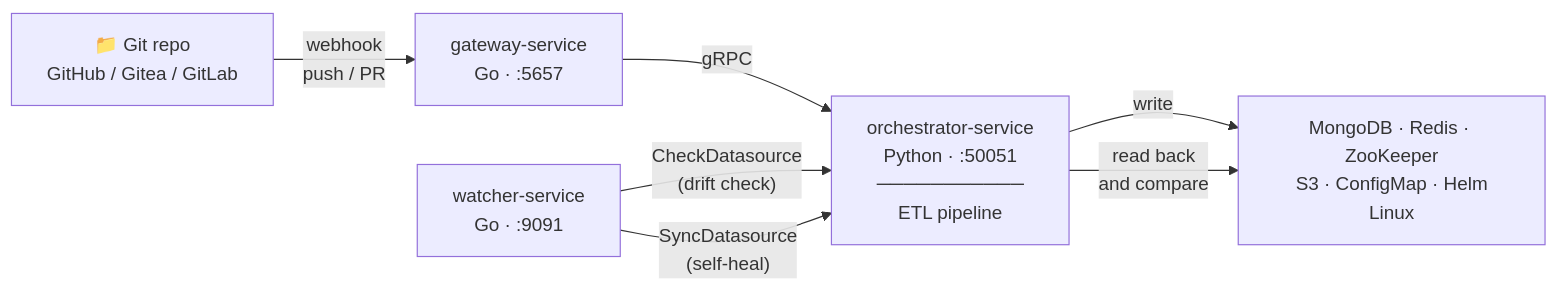
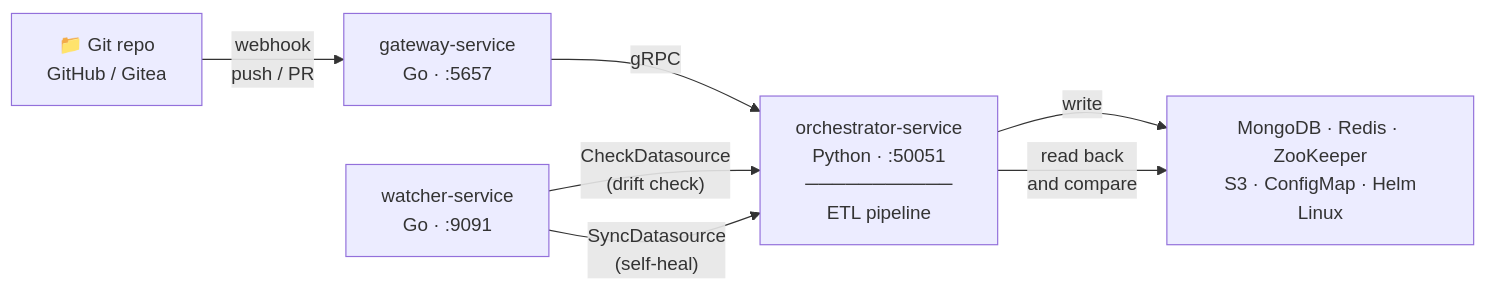
The diagram in README.md (jarin-devoss/varTrack), drawn with Mermaid before and after one commit. The commit also changed other lines of this file and 3 other files, not shown here.

First line of the commit message:
docs: varTrack syncs from GitHub and Gitea, to seven kinds of sink

````diff
--- a/README.md
+++ b/README.md
@@ -115,14 +115,14 @@
 ```mermaid
 flowchart LR
-    GIT["📁 Git repo\nGitHub / Gitea / GitLab"]
+    GIT["📁 Git repo\nGitHub / Gitea"]
     GW["gateway-service\nGo · :5657"]
     ORCH["orchestrator-service\nPython · :50051\n───────────\nETL pipeline"]
     WATCH["watcher-service\nGo · :9091"]
 
     GIT -->|"webhook\npush / PR"| GW
     GW -->|"gRPC"| ORCH
     ORCH -->|write| DB["MongoDB · Redis · ZooKeeper\nS3 · ConfigMap · Helm\nLinux"]
     WATCH -->|"CheckDatasource\n(drift check)"| ORCH
     ORCH -->|"read back\nand compare"| DB
     WATCH -->|"SyncDatasource\n(self-heal)"| ORCH
 ```
````
